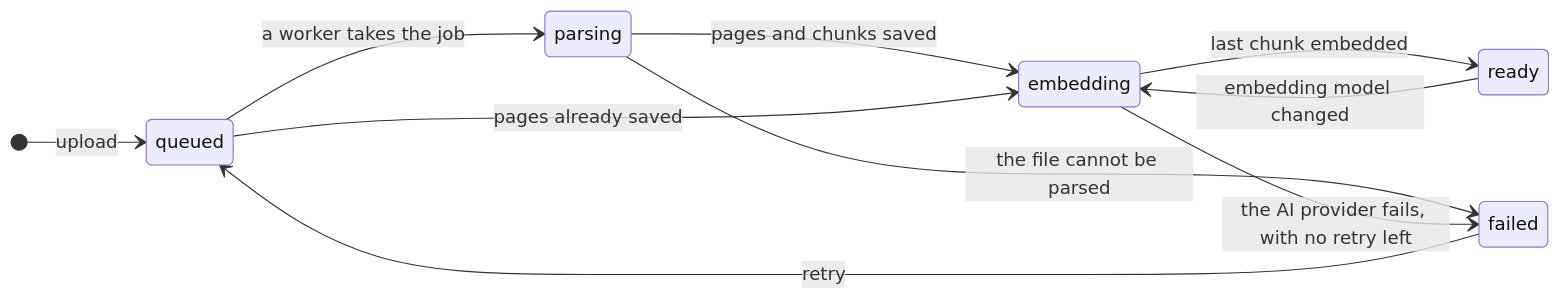
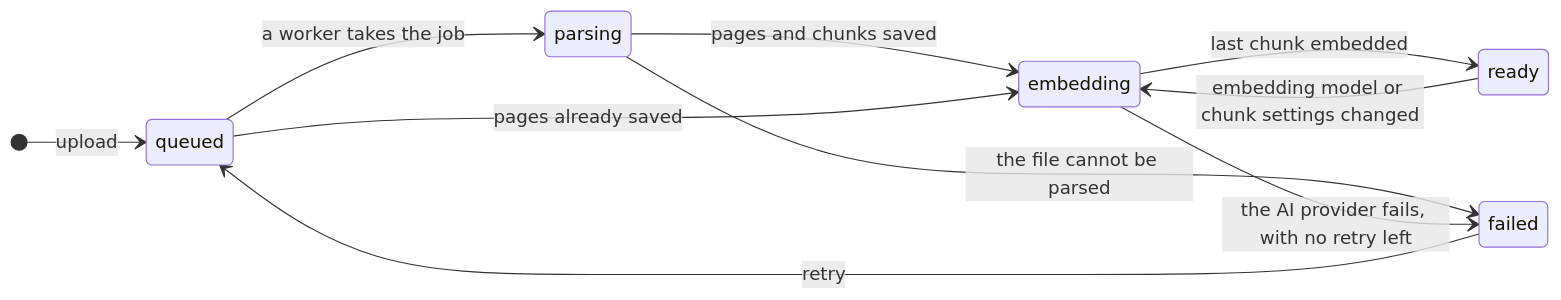
The diagram in docs/design.md (shishirmehto/doc-vault), drawn with Mermaid before and after one commit. The commit also changed other lines of this file and 9 other files, not shown here.

First line of the commit message:
Indexing: reconcile cuts ready documents again after the chunk settings change

````diff
--- a/docs/design.md
+++ b/docs/design.md
@@ -32,13 +32,13 @@
 ```mermaid
 stateDiagram-v2
   direction LR
   [*] --> queued: upload
   queued --> parsing: a worker takes the job
   parsing --> embedding: pages and chunks saved
   embedding --> ready: last chunk embedded
   parsing --> failed: the file cannot be parsed
   embedding --> failed: the AI provider fails, with no retry left
   failed --> queued: retry
   queued --> embedding: pages already saved
-  ready --> embedding: embedding model changed
+  ready --> embedding: embedding model or chunk settings changed
 ```
````
